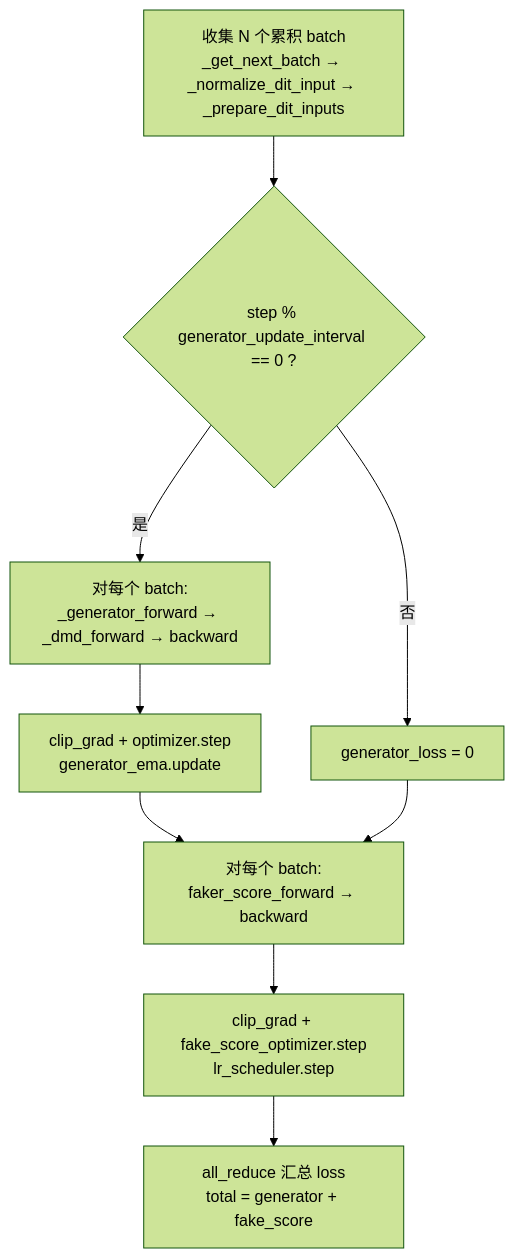
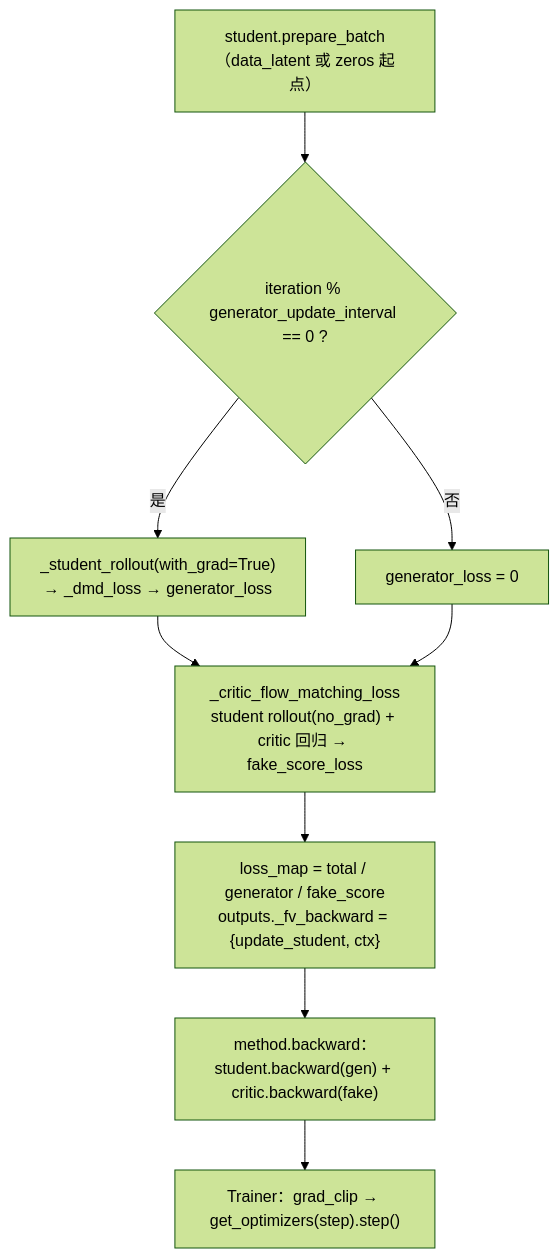
One commit to Huangzjun/FlashGen changed the fourth of 7 diagrams in docs/架构设计.md. Above: the diagram before and after it, drawn with Mermaid (forest theme). The commit also changed other lines of this file and 42 other files, not shown here.

````diff
--- a/docs/架构设计.md
+++ b/docs/架构设计.md
@@ -378,12 +390,12 @@
 ```mermaid
 flowchart TD
-    NB["收集 N 个累积 batch<br/>_get_next_batch → _normalize_dit_input → _prepare_dit_inputs"] --> CK{"step % generator_update_interval == 0 ?"}
-    CK -- 是 --> GEN["对每个 batch:<br/>_generator_forward → _dmd_forward → backward"]
-    GEN --> GSTEP["clip_grad + optimizer.step<br/>generator_ema.update"]
+    PB["student.prepare_batch<br/>（data_latent 或 zeros 起点）"] --> CK{"iteration % generator_update_interval == 0 ?"}
+    CK -- 是 --> GEN["_student_rollout(with_grad=True)<br/>→ _dmd_loss → generator_loss"]
     CK -- 否 --> SKIP["generator_loss = 0"]
-    GSTEP --> CRIT
+    GEN --> CRIT
     SKIP --> CRIT
-    CRIT["对每个 batch:<br/>faker_score_forward → backward"]
-    CRIT --> FSTEP["clip_grad + fake_score_optimizer.step<br/>lr_scheduler.step"]
-    FSTEP --> AGG["all_reduce 汇总 loss<br/>total = generator + fake_score"]
+    CRIT["_critic_flow_matching_loss<br/>student rollout(no_grad) + critic 回归 → fake_score_loss"]
+    CRIT --> LM["loss_map = total / generator / fake_score<br/>outputs._fv_backward = {update_student, ctx}"]
+    LM --> BW["method.backward：student.backward(gen) + critic.backward(fake)"]
+    BW --> OPT["Trainer：grad_clip → get_optimizers(step).step()"]
 ```
````
